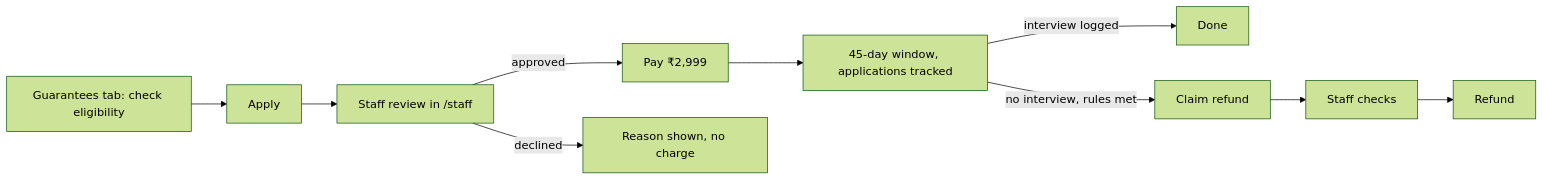
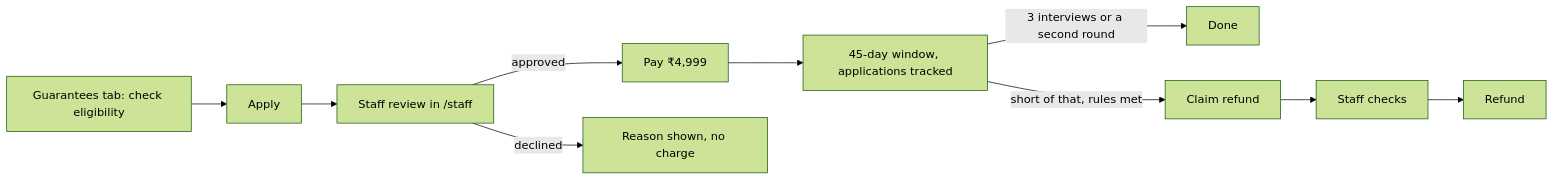
The third of 4 diagrams in docs/product/03-journeys.md (VishStack01/Propelo), drawn with Mermaid (forest theme) before and after one commit. The commit also changed 24 other files, not shown here.

First line of the commit message:
2.9.1: Interview Guarantee at ₹4,999 for 3 interviews or a second round; simpler site menu

````diff
--- a/docs/product/03-journeys.md
+++ b/docs/product/03-journeys.md
@@ -44,8 +44,8 @@
 ```mermaid
 flowchart LR
   A[Guarantees tab: check eligibility] --> B[Apply] --> C[Staff review in /staff]
-  C -->|approved| D[Pay ₹2,999] --> E[45-day window, applications tracked]
+  C -->|approved| D[Pay ₹4,999] --> E[45-day window, applications tracked]
   C -->|declined| F[Reason shown, no charge]
-  E -->|interview logged| G[Done]
-  E -->|no interview, rules met| H[Claim refund] --> I[Staff checks] --> J[Refund]
+  E -->|3 interviews or a second round| G[Done]
+  E -->|short of that, rules met| H[Claim refund] --> I[Staff checks] --> J[Refund]
 ```
````
